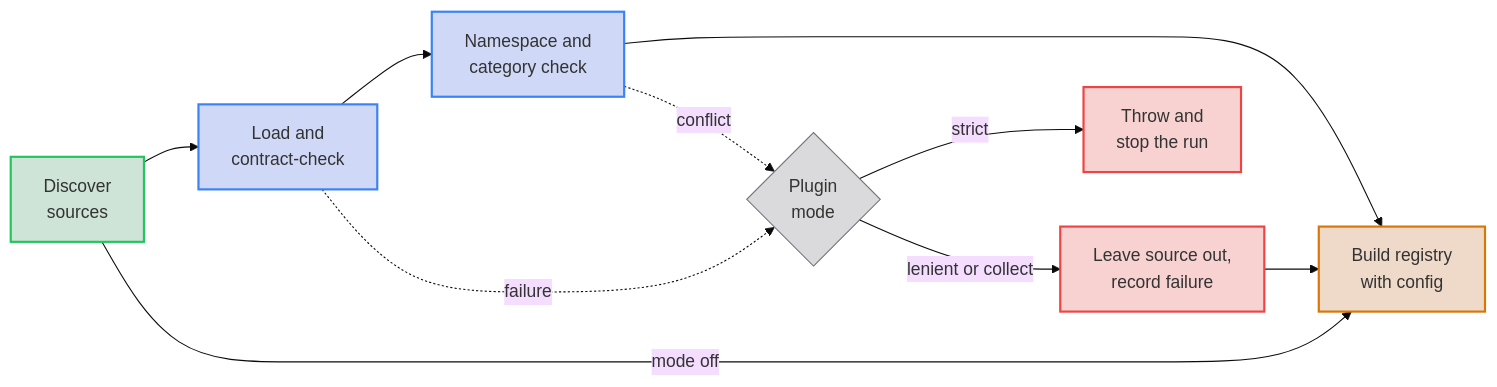
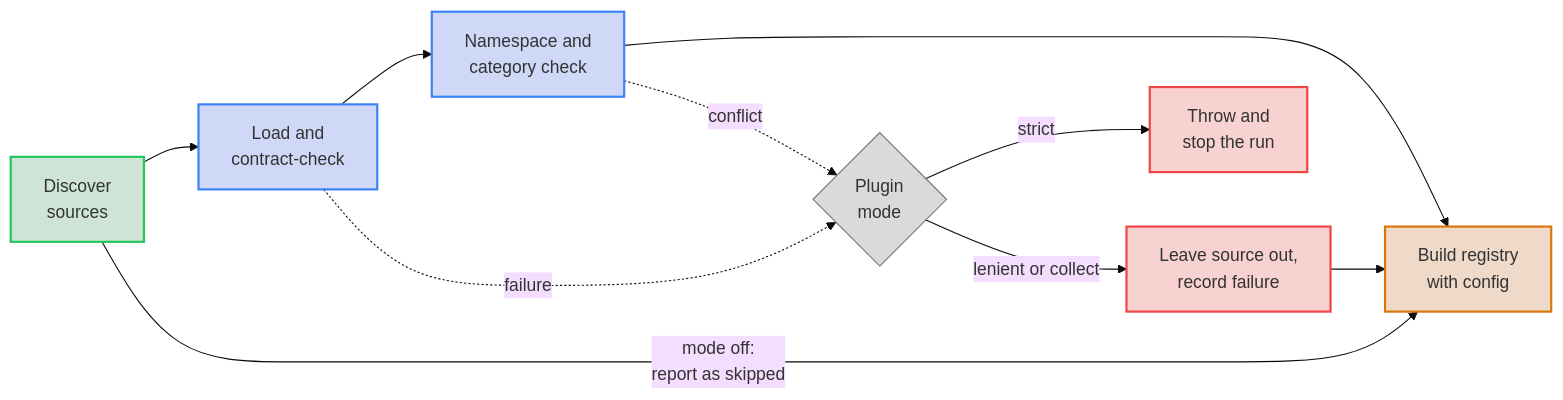
One commit to jpeakai/jpai-mermaidjs-lint changed the diagram in docs-site/diagrams/plugin-loading.md. Above: the diagram before and after it, drawn with Mermaid (base theme). The commit also changed 63 other files, not shown here.

````diff
--- a/docs-site/diagrams/plugin-loading.md
+++ b/docs-site/diagrams/plugin-loading.md
@@ -1,23 +1,23 @@
 ```mermaid
 flowchart LR
     D["Discover<br/>sources"] --> L["Load and<br/>contract-check"]
     L --> C["Namespace and<br/>category check"]
     C --> R["Build registry<br/>with config"]
     L -. failure .-> M{"Plugin<br/>mode"}
     C -. conflict .-> M
     M -->|strict| X["Throw and<br/>stop the run"]
     M -->|"lenient or collect"| S["Leave source out,<br/>record failure"]
     S --> R
-    D -->|"mode off"| R
+    D -->|"mode off:<br/>report as skipped"| R
 
     classDef discoverTint fill:#15803d36,stroke:#22c55e,stroke-width:2px
     classDef loadTint fill:#1d4ed836,stroke:#3b82f6,stroke-width:2px
     classDef registryTint fill:#b4530936,stroke:#d97706,stroke-width:2px
     classDef failTint fill:#dc262636,stroke:#ef4444,stroke-width:2px
     classDef modeTint fill:#52525b36,stroke:#71717a,stroke-width:1px
     class D discoverTint
     class L,C loadTint
     class R registryTint
     class X,S failTint
     class M modeTint
 ```
````
